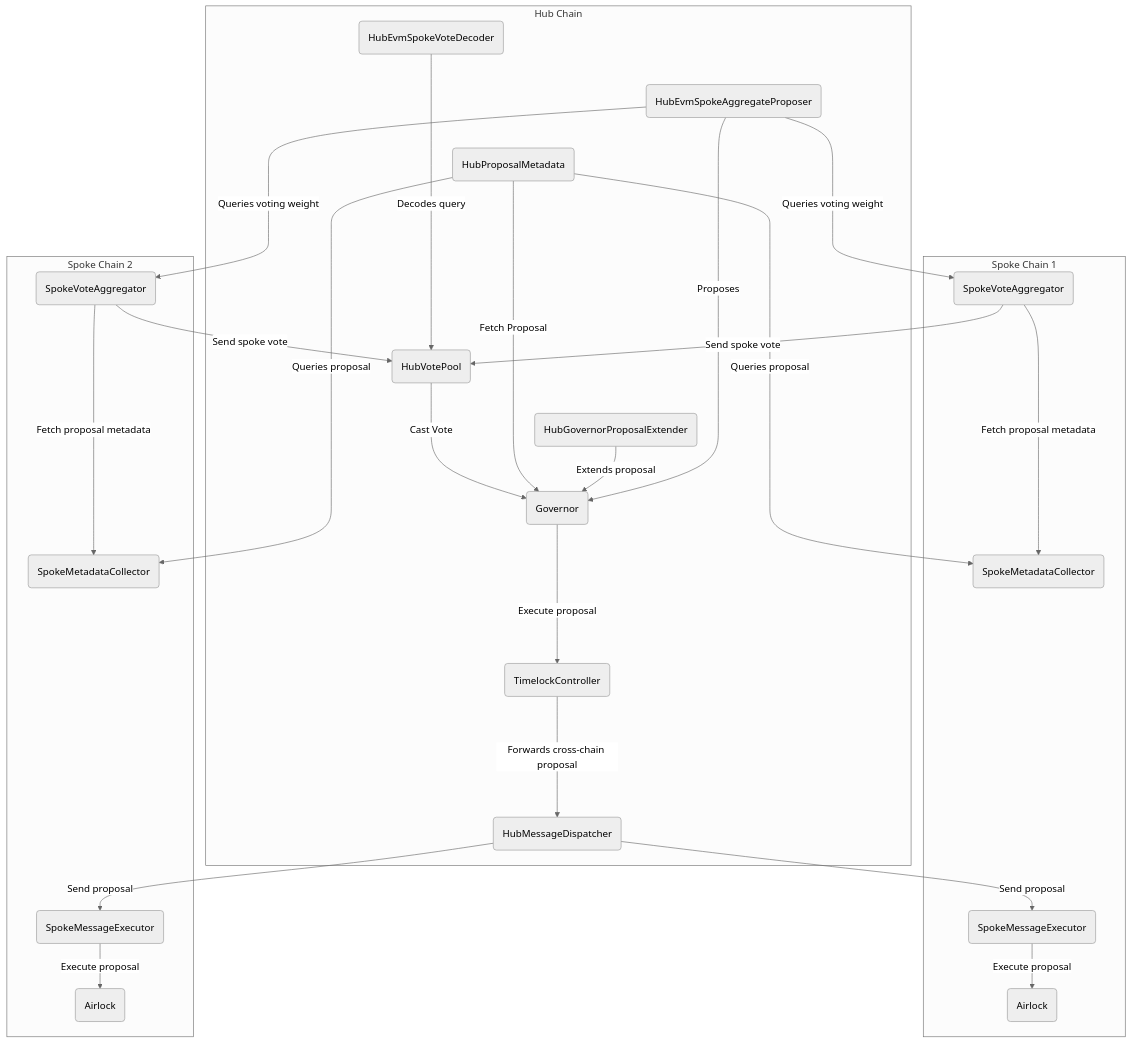
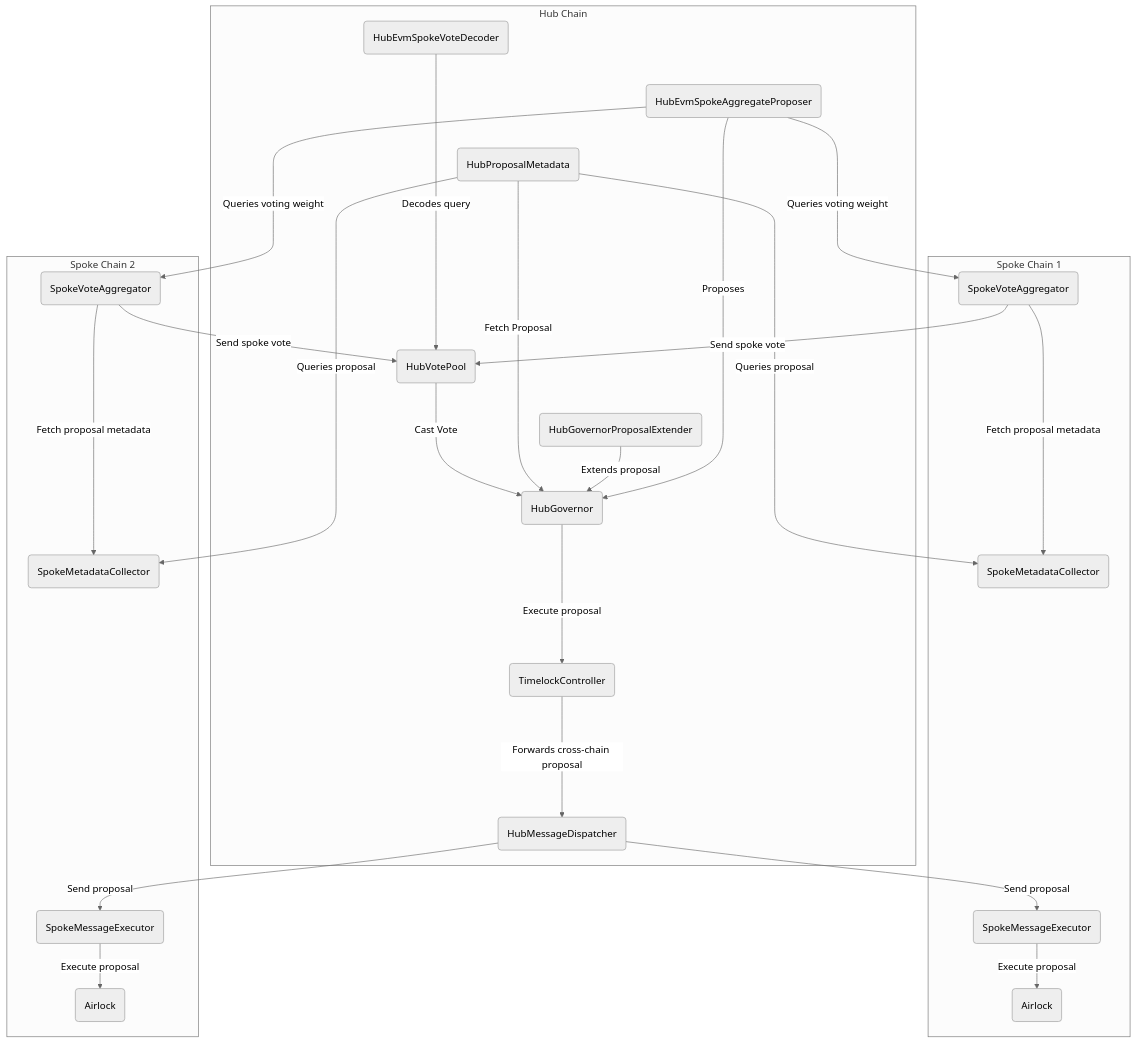
The diagram in README.md (wormhole-foundation/multigov), drawn with Mermaid (neutral theme) before and after one commit. The commit also changed other lines of this file and 1 other file, not shown here.

````diff
--- a/README.md
+++ b/README.md
@@ -21,44 +45,44 @@
 ```mermaid
 flowchart TD
     subgraph Hub Chain
-    A(Governor)
+    A(HubGovernor)
     E(HubVotePool)
     F(HubProposalMetadata)
     J(TimelockController)
     H(HubMessageDispatcher)
     X(HubGovernorProposalExtender)
     Y(HubEvmSpokeVoteDecoder)
 Z(HubEvmSpokeAggregateProposer)
     E ---> |Cast Vote| A
-    F ------> |Fetch Proposal|A 
+    F ------> |Fetch Proposal|A
     A ----> |Execute proposal| J
     J ----> |Forwards cross-chain proposal| H
     X --> |Extends proposal| A
     Y ------> |Decodes query| E
     Z --> |Proposes| A
     end
     subgraph Spoke Chain 1
      B(SpokeMetadataCollector)
      C(SpokeVoteAggregator)
      G(SpokeMessageExecutor)
      I(Airlock)
      F --> |Queries proposal| B
      C --> |Send spoke vote| E
      C -----> |Fetch proposal metadata| B
      H --> |Send proposal| G
      G --> |Execute proposal| I
      Z ----> |Queries voting weight| C
     end
     subgraph Spoke Chain 2
      B2(SpokeMetadataCollector)
      C2(SpokeVoteAggregator)
      G2(SpokeMessageExecutor)
      I2(Airlock)
      F --> |Queries proposal| B2
      C2 --> |Send spoke vote| E
      C2 -----> |Fetch proposal metadata| B2
      H --> |Send proposal| G2
      G2 --> |Execute proposal| I2
-     Z --> |Queries voting weight| C2 
+     Z --> |Queries voting weight| C2
     end
 ```
````
